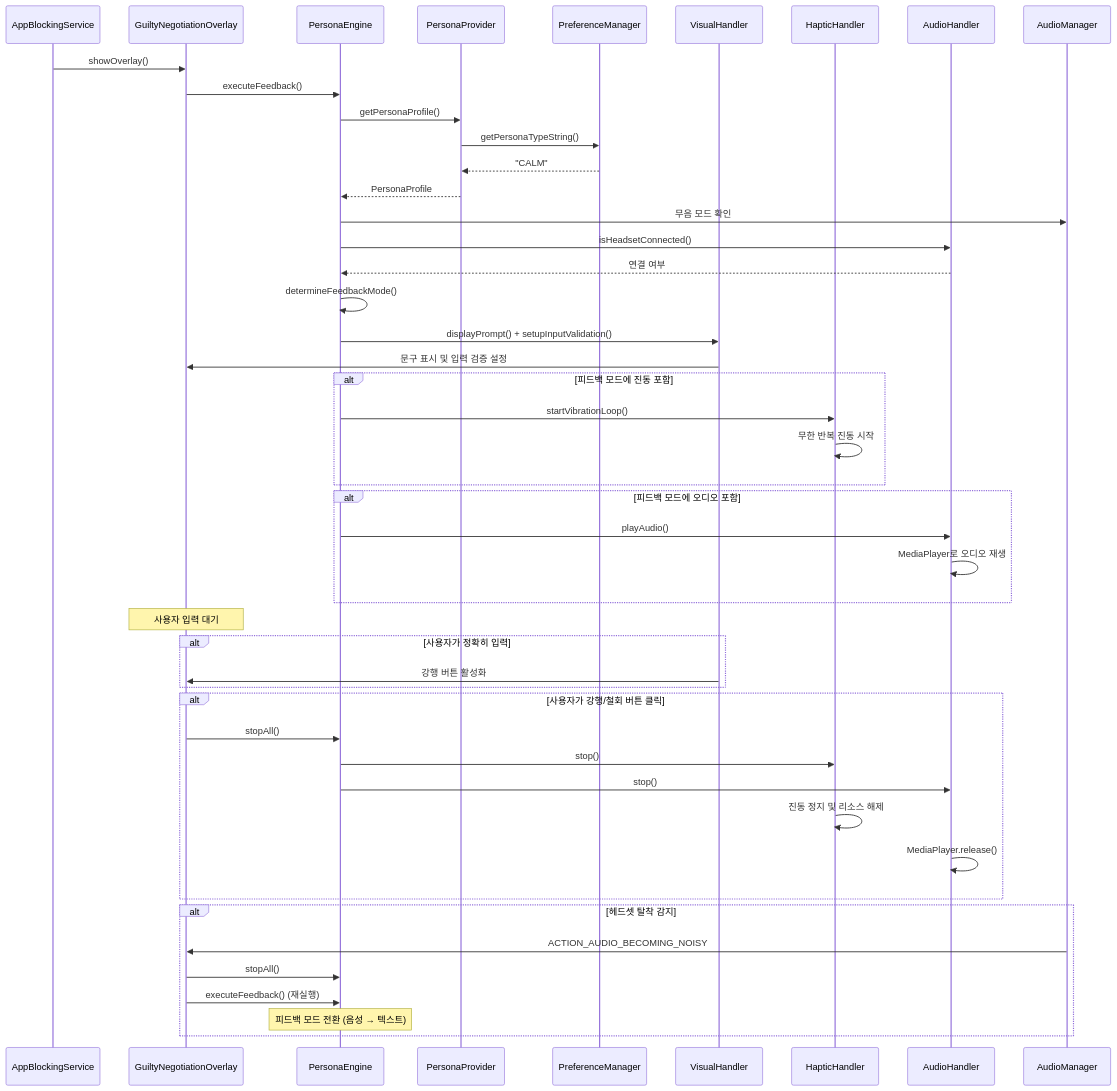
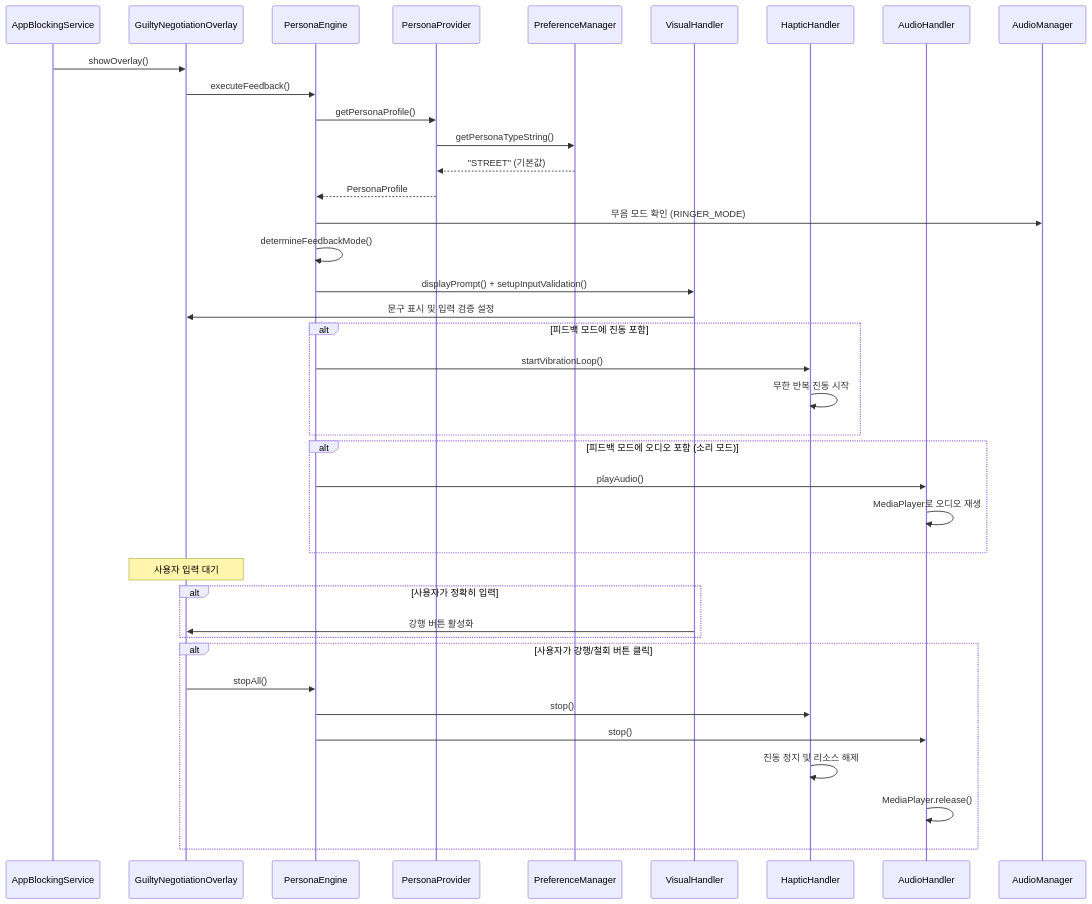
Before and after one commit to KDG12054345/-2: the third of 5 diagrams in ARCHITECTURE.md, drawn with Mermaid. The commit also changed other lines of this file and 2 other files, not shown here.

````diff
--- a/ARCHITECTURE.md
+++ b/ARCHITECTURE.md
@@ -214,60 +254,50 @@
 ```mermaid
 sequenceDiagram
     participant AppBlockingService
     participant GuiltyNegotiationOverlay
     participant PersonaEngine
     participant PersonaProvider
     participant PreferenceManager
     participant VisualHandler
     participant HapticHandler
     participant AudioHandler
     participant AudioManager
 
     AppBlockingService->>GuiltyNegotiationOverlay: showOverlay()
     GuiltyNegotiationOverlay->>PersonaEngine: executeFeedback()
     
     PersonaEngine->>PersonaProvider: getPersonaProfile()
     PersonaProvider->>PreferenceManager: getPersonaTypeString()
-    PreferenceManager-->>PersonaProvider: "CALM"
+    PreferenceManager-->>PersonaProvider: "STREET" (기본값)
     PersonaProvider-->>PersonaEngine: PersonaProfile
     
-    PersonaEngine->>AudioManager: 무음 모드 확인
-    PersonaEngine->>AudioHandler: isHeadsetConnected()
-    AudioHandler-->>PersonaEngine: 연결 여부
-    
+    PersonaEngine->>AudioManager: 무음 모드 확인 (RINGER_MODE)
     PersonaEngine->>PersonaEngine: determineFeedbackMode()
     
     PersonaEngine->>VisualHandler: displayPrompt() + setupInputValidation()
     VisualHandler->>GuiltyNegotiationOverlay: 문구 표시 및 입력 검증 설정
     
     alt 피드백 모드에 진동 포함
         PersonaEngine->>HapticHandler: startVibrationLoop()
         HapticHandler->>HapticHandler: 무한 반복 진동 시작
     end
     
-    alt 피드백 모드에 오디오 포함
+    alt 피드백 모드에 오디오 포함 (소리 모드)
         PersonaEngine->>AudioHandler: playAudio()
         AudioHandler->>AudioHandler: MediaPlayer로 오디오 재생
     end
     
     Note over GuiltyNegotiationOverlay: 사용자 입력 대기
     
     alt 사용자가 정확히 입력
         VisualHandler->>GuiltyNegotiationOverlay: 강행 버튼 활성화
     end
     
     alt 사용자가 강행/철회 버튼 클릭
         GuiltyNegotiationOverlay->>PersonaEngine: stopAll()
         PersonaEngine->>HapticHandler: stop()
         PersonaEngine->>AudioHandler: stop()
         HapticHandler->>HapticHandler: 진동 정지 및 리소스 해제
         AudioHandler->>AudioHandler: MediaPlayer.release()
     end
-    
-    alt 헤드셋 탈착 감지
-        AudioManager->>GuiltyNegotiationOverlay: ACTION_AUDIO_BECOMING_NOISY
-        GuiltyNegotiationOverlay->>PersonaEngine: stopAll()
-        GuiltyNegotiationOverlay->>PersonaEngine: executeFeedback() (재실행)
-        Note over PersonaEngine: 피드백 모드 전환 (음성 → 텍스트)
-    end
 ```
````
